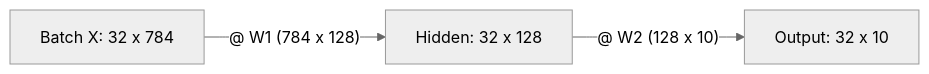
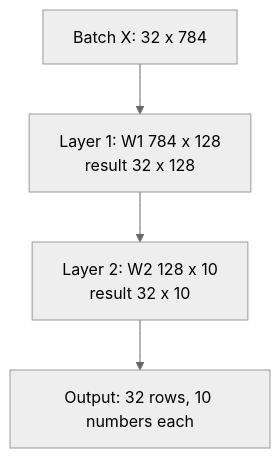
One commit to kaisarnajar/outcome-school-blogs changed the second of 2 diagrams in notes/step-02-deep-learning-and-neural-networks/028-matrix-multiplication-in-neural-networks.md. Above: the diagram before and after it, drawn with Mermaid (neutral theme). The commit also changed other lines of this file and 233 other files, not shown here.

````diff
--- a/notes/step-02-deep-learning-and-neural-networks/028-matrix-multiplication-in-neural-networks.md
+++ b/notes/step-02-deep-learning-and-neural-networks/028-matrix-multiplication-in-neural-networks.md
@@ -34,5 +69,6 @@
 ```mermaid
-flowchart LR
-    X["Batch X: 32 x 784"] -->|"@ W1 (784 x 128)"| H["Hidden: 32 x 128"]
-    H -->|"@ W2 (128 x 10)"| Y["Output: 32 x 10"]
+flowchart TD
+    X["Batch X: 32 x 784"] --> L1["Layer 1: W1 784 x 128<br/>result 32 x 128"]
+    L1 --> L2["Layer 2: W2 128 x 10<br/>result 32 x 10"]
+    L2 --> O["Output: 32 rows, 10 numbers each"]
 ```
````
